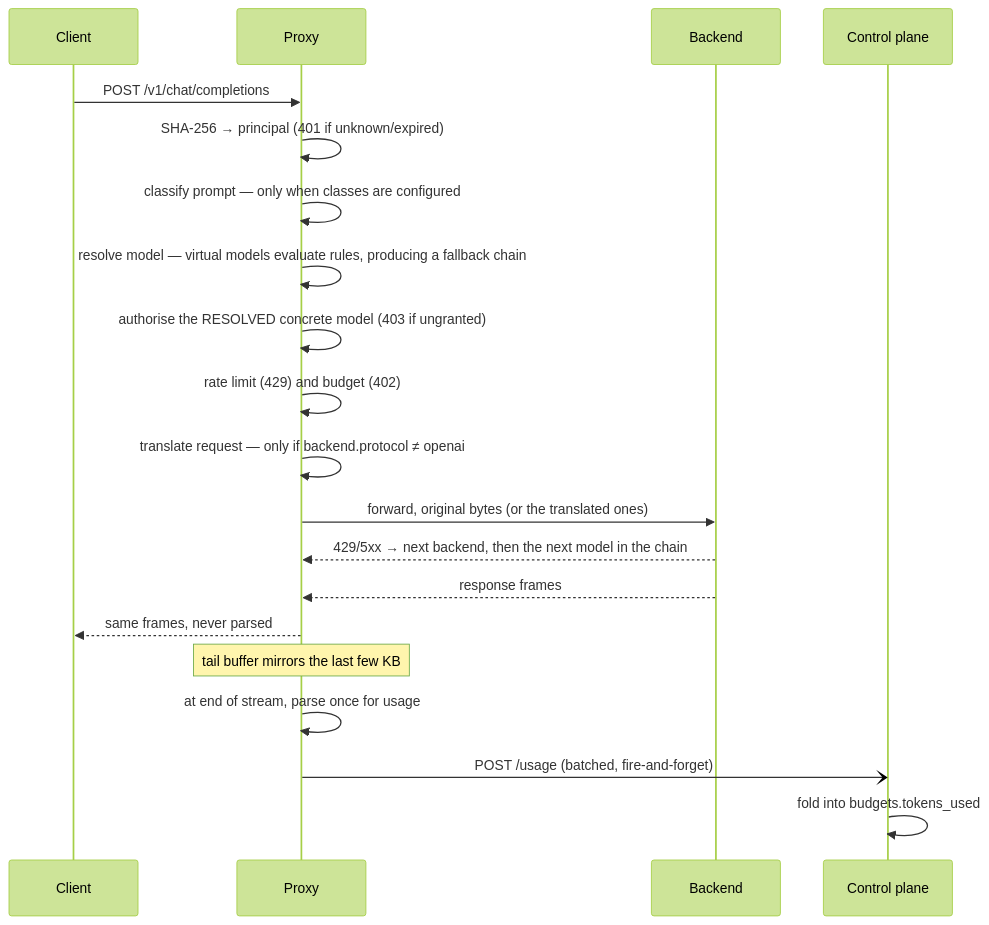
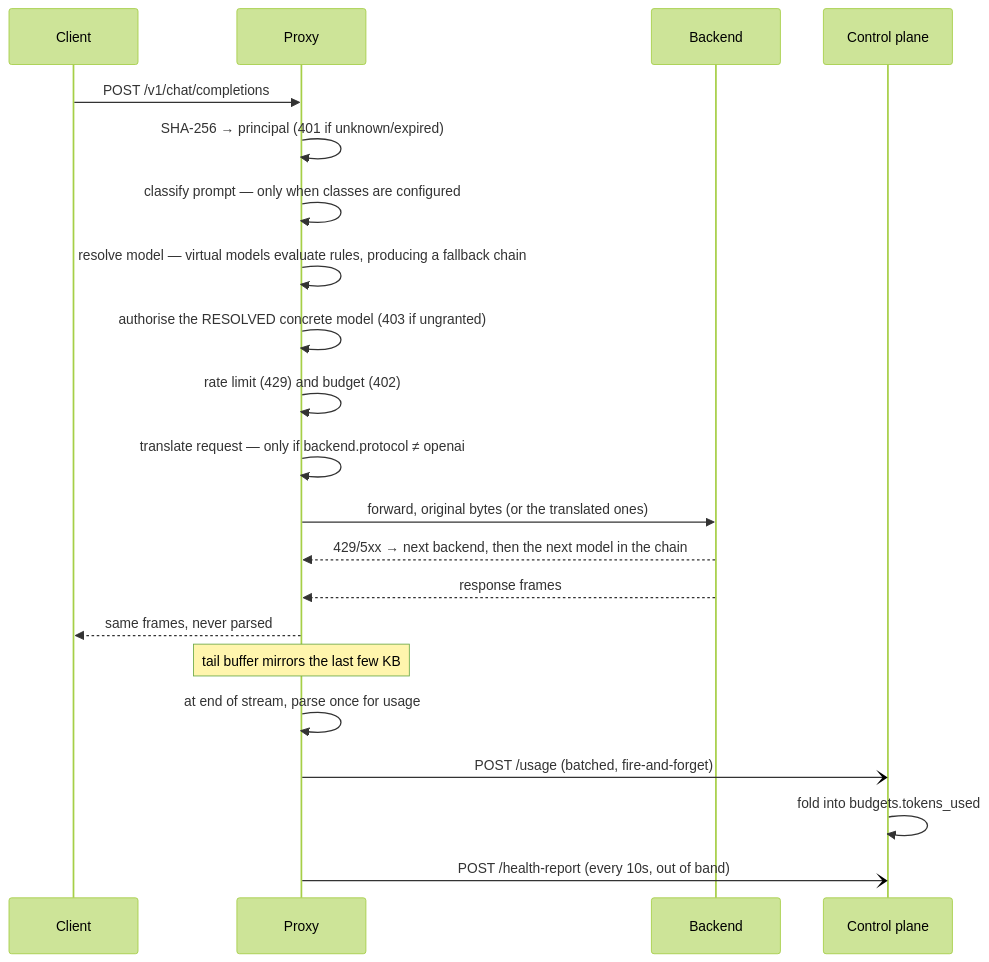
The third of 3 diagrams in docs/architecture.md (azrtydxb/Fastllm-proxy), drawn with Mermaid (forest theme) before and after one commit. The commit also changed other lines of this file and 11 other files, not shown here.

````diff
--- a/docs/architecture.md
+++ b/docs/architecture.md
@@ -105,23 +107,24 @@
 ```mermaid
 sequenceDiagram
     participant C as Client
     participant P as Proxy
     participant B as Backend
     participant K as Control plane
 
     C->>P: POST /v1/chat/completions
     P->>P: SHA-256 → principal (401 if unknown/expired)
     P->>P: classify prompt — only when classes are configured
     P->>P: resolve model — virtual models evaluate rules, producing a fallback chain
     P->>P: authorise the RESOLVED concrete model (403 if ungranted)
     P->>P: rate limit (429) and budget (402)
     P->>P: translate request — only if backend.protocol ≠ openai
     P->>B: forward, original bytes (or the translated ones)
     B-->>P: 429/5xx → next backend, then the next model in the chain
     B-->>P: response frames
     P-->>C: same frames, never parsed
     Note over P: tail buffer mirrors the last few KB
     P->>P: at end of stream, parse once for usage
     P-)K: POST /usage (batched, fire-and-forget)
     K->>K: fold into budgets.tokens_used
+    P-)K: POST /health-report (every 10s, out of band)
 ```
````
